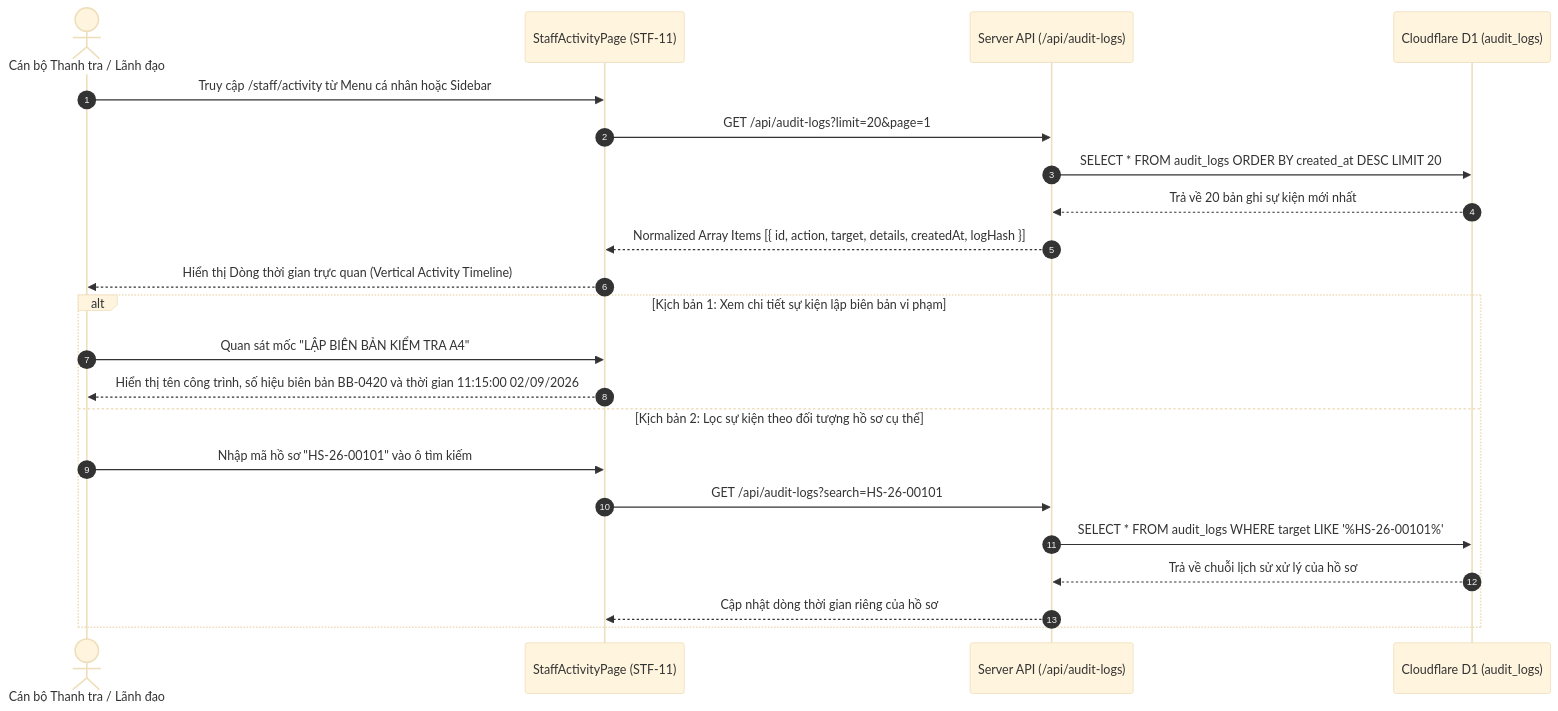
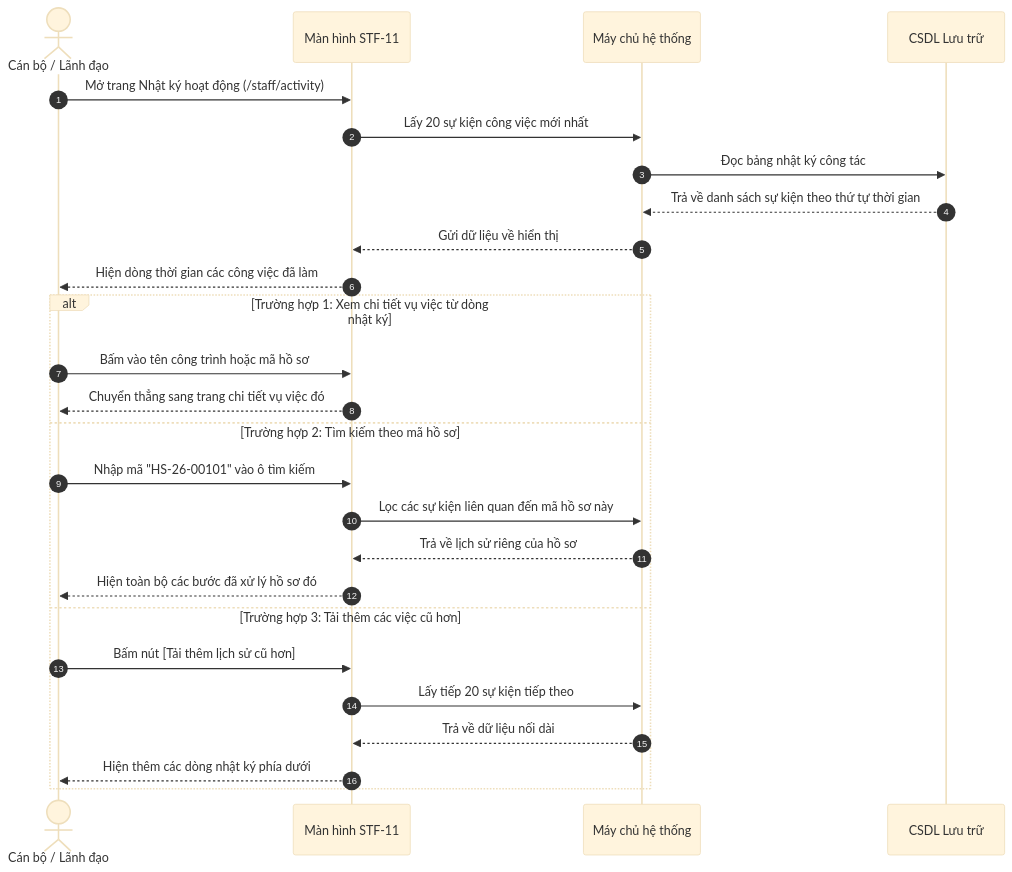
Before and after one commit to 26730023-PhamPhuNguyenHung/unicef-dustguard: the diagram in docs/product/screens/STAFF-11-activity.md, drawn with Mermaid (base theme). The commit also changed other lines of this file and 30 other files, not shown here.

````diff
--- a/docs/product/screens/STAFF-11-activity.md
+++ b/docs/product/screens/STAFF-11-activity.md
@@ -50,26 +53,30 @@
 ```mermaid
 sequenceDiagram
     autonumber
-    actor Staff as Cán bộ Thanh tra / Lãnh đạo
-    participant UI as StaffActivityPage (STF-11)
-    participant API as Server API (/api/audit-logs)
-    participant DB as Cloudflare D1 (audit_logs)
+    actor CB as Cán bộ / Lãnh đạo
+    participant MH as Màn hình STF-11
+    participant SV as Máy chủ hệ thống
+    participant DB as CSDL Lưu trữ
 
-    Staff->>UI: Truy cập /staff/activity từ Menu cá nhân hoặc Sidebar
-    UI->>API: GET /api/audit-logs?limit=20&page=1
-    API->>DB: SELECT * FROM audit_logs ORDER BY created_at DESC LIMIT 20
-    DB-->>API: Trả về 20 bản ghi sự kiện mới nhất
-    API-->>UI: Normalized Array Items [{ id, action, target, details, createdAt, logHash }]
-    UI-->>Staff: Hiển thị Dòng thời gian trực quan (Vertical Activity Timeline)
+    CB->>MH: Mở trang Nhật ký hoạt động (/staff/activity)
+    MH->>SV: Lấy 20 sự kiện công việc mới nhất
+    SV->>DB: Đọc bảng nhật ký công tác
+    DB-->>SV: Trả về danh sách sự kiện theo thứ tự thời gian
+    SV-->>MH: Gửi dữ liệu về hiển thị
+    MH-->>CB: Hiện dòng thời gian các công việc đã làm
 
-    alt Kịch bản 1: Xem chi tiết sự kiện lập biên bản vi phạm
-        Staff->>UI: Quan sát mốc "LẬP BIÊN BẢN KIỂM TRA A4"
-        UI-->>Staff: Hiển thị tên công trình, số hiệu biên bản BB-0420 và thời gian 11:15:00 02/09/2026
-    else Kịch bản 2: Lọc sự kiện theo đối tượng hồ sơ cụ thể
-        Staff->>UI: Nhập mã hồ sơ "HS-26-00101" vào ô tìm kiếm
-        UI->>API: GET /api/audit-logs?search=HS-26-00101
-        API->>DB: SELECT * FROM audit_logs WHERE target LIKE '%HS-26-00101%'
-        DB-->>API: Trả về chuỗi lịch sử xử lý của hồ sơ
-        API-->>UI: Cập nhật dòng thời gian riêng của hồ sơ
+    alt Trường hợp 1: Xem chi tiết vụ việc từ dòng nhật ký
+        CB->>MH: Bấm vào tên công trình hoặc mã hồ sơ
+        MH-->>CB: Chuyển thẳng sang trang chi tiết vụ việc đó
+    else Trường hợp 2: Tìm kiếm theo mã hồ sơ
+        CB->>MH: Nhập mã "HS-26-00101" vào ô tìm kiếm
+        MH->>SV: Lọc các sự kiện liên quan đến mã hồ sơ này
+        SV-->>MH: Trả về lịch sử riêng của hồ sơ
+        MH-->>CB: Hiện toàn bộ các bước đã xử lý hồ sơ đó
+    else Trường hợp 3: Tải thêm các việc cũ hơn
+        CB->>MH: Bấm nút [Tải thêm lịch sử cũ hơn]
+        MH->>SV: Lấy tiếp 20 sự kiện tiếp theo
+        SV-->>MH: Trả về dữ liệu nối dài
+        MH-->>CB: Hiện thêm các dòng nhật ký phía dưới
     end
 ```
````
